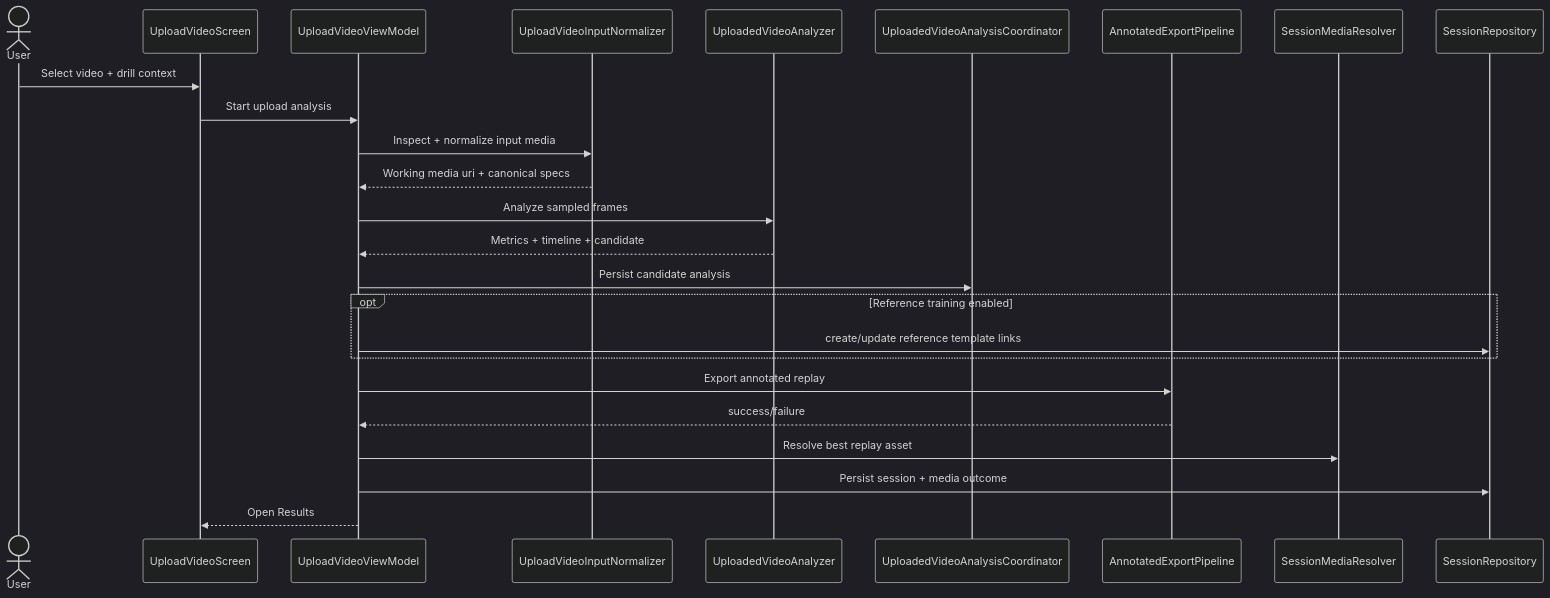
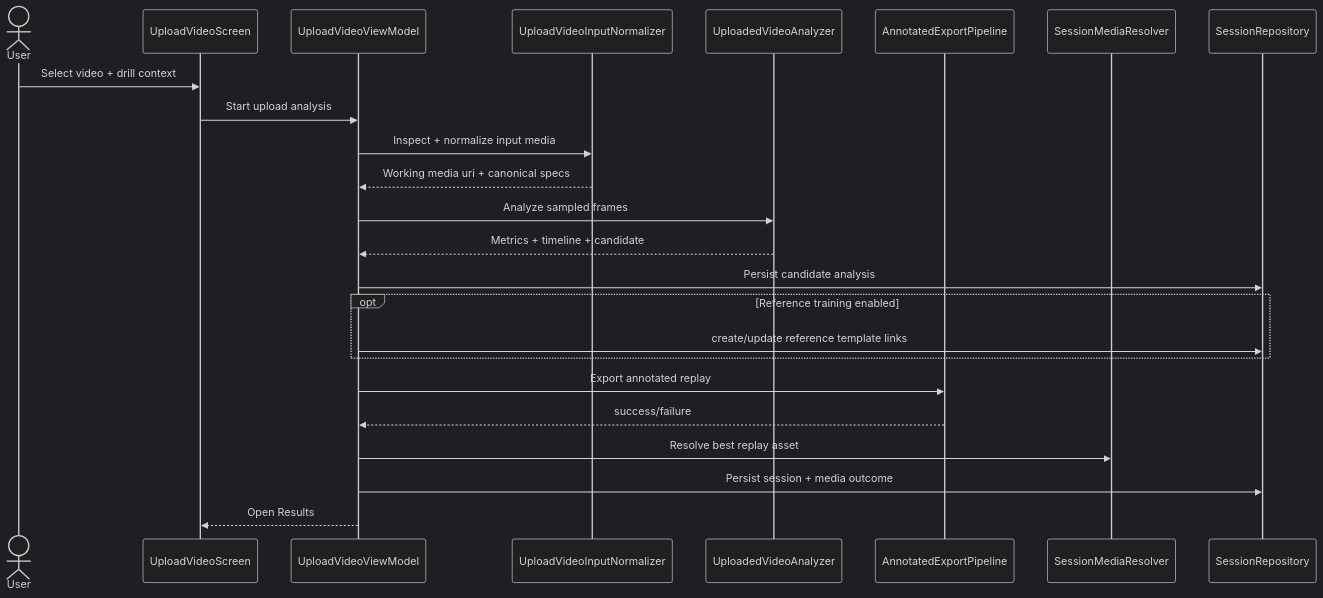
Before and after one commit to Voycepeh/CaliVision: the diagram in docs/diagrams/sequence-import-analysis.md, drawn with Mermaid (dark theme). The commit also changed 16 other files, not shown here.

Commit message:
Rollback durable upload WorkManager pipeline to in-app upload flow

````diff
--- a/docs/diagrams/sequence-import-analysis.md
+++ b/docs/diagrams/sequence-import-analysis.md
@@ -3,30 +3,29 @@
 ```mermaid
 sequenceDiagram
     actor User
     participant UI as UploadVideoScreen
     participant VM as UploadVideoViewModel
     participant Normalize as UploadVideoInputNormalizer
     participant Analyzer as UploadedVideoAnalyzer
-    participant Coordinator as UploadedVideoAnalysisCoordinator
     participant Export as AnnotatedExportPipeline
     participant Resolver as SessionMediaResolver
     participant Repo as SessionRepository
 
     User->>UI: Select video + drill context
     UI->>VM: Start upload analysis
     VM->>Normalize: Inspect + normalize input media
     Normalize-->>VM: Working media uri + canonical specs
     VM->>Analyzer: Analyze sampled frames
     Analyzer-->>VM: Metrics + timeline + candidate
-    VM->>Coordinator: Persist candidate analysis
+    VM->>Repo: Persist candidate analysis
 
     opt Reference training enabled
       VM->>Repo: create/update reference template links
     end
 
     VM->>Export: Export annotated replay
     Export-->>VM: success/failure
     VM->>Resolver: Resolve best replay asset
     VM->>Repo: Persist session + media outcome
     VM-->>UI: Open Results
 ```
````
